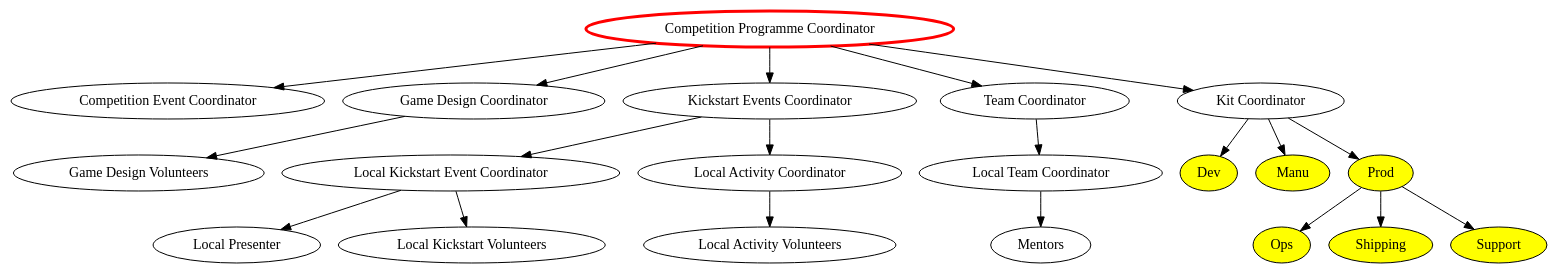
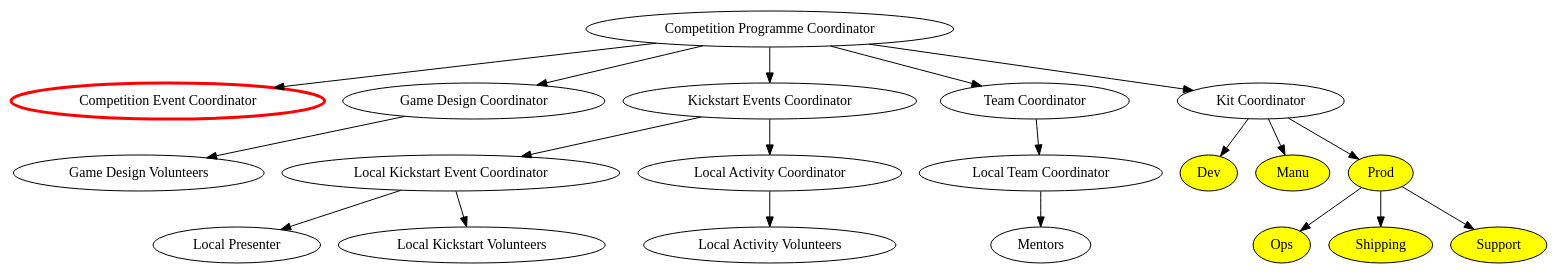
Before and after one commit to Adimote/legacy-ops-manual: the diagram in org-chart/comp-prog.dot, drawn with Graphviz. The commit also changed 3 other files, not shown here.

First line of the commit message:
Include org-chart diagrams in the manual

```diff
--- a/org-chart/comp-prog.dot
+++ b/org-chart/comp-prog.dot
@@ -1,56 +1,56 @@
 digraph {
 	####### Node declarations
-	comp_prog_coord [label="Competition Programme Coordinator" color=red penwidth=3];
+	comp_prog_coord [label="Competition Programme Coordinator"];
 	
 	# Competition Coordinator Subordinates
-	comp_event_coord [label="Competition Event Coordinator"];
+	comp_event_coord [label="Competition Event Coordinator" color=red penwidth=3];
 	game_design_coord [label="Game Design Coordinator"];
 	kickstart_event_coord [label="Kickstart Events Coordinator"];
 	team_coord [label="Team Coordinator"];
 	kit [label="Kit Coordinator"];
 	
 	### Fourth Level
 	
 	# Kickstart Event Coordinator Subordinates
 	local_ks_event_coord[label="Local Kickstart Event Coordinator"];
 	local_activity_coord[label="Local Activity Coordinator"];
 	
 	local_team_coord[label="Local Team Coordinator"];
 
 	game_design_volunteers[label="Game Design Volunteers"];
 
 	# Kit Coordinator Subordinates
 	kit_dev[label="Dev" fillcolor=yellow style=filled];
 	kit_manu[label="Manu" fillcolor=yellow style=filled];
 	kit_prod[label="Prod" fillcolor=yellow style=filled];
 	
 	### Fifth Level
 	local_presenter[label="Local Presenter"];
 	local_ks_volunteers[label="Local Kickstart Volunteers"];
 	local_activity_volunteers[label="Local Activity Volunteers"];
 	
 	mentors[label="Mentors"];
 	
 	# Kit Prod Subordinates
 	kit_ops[label="Ops" fillcolor=yellow style=filled];
 	kit_shipping[label="Shipping" fillcolor=yellow style=filled];
 	kit_support[label="Support" fillcolor=yellow style=filled];
 	
 	###### Connections between nodes
 	
 	comp_prog_coord -> { comp_event_coord game_design_coord kickstart_event_coord team_coord kit };
 	
 	kickstart_event_coord -> { local_ks_event_coord local_activity_coord };
 		
 	local_ks_event_coord -> { local_presenter local_ks_volunteers };
 		
 	local_activity_coord -> local_activity_volunteers;
 		
 	team_coord -> local_team_coord;
 	local_team_coord -> mentors;
 		
 	kit -> { kit_dev kit_manu kit_prod };
 	kit_prod -> { kit_ops kit_shipping kit_support };
 
 	game_design_coord -> game_design_volunteers;
 }
```
